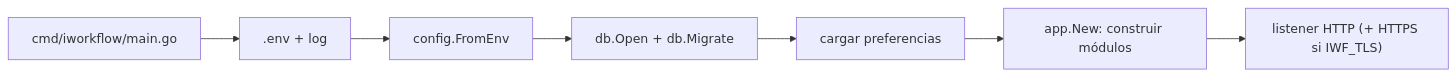
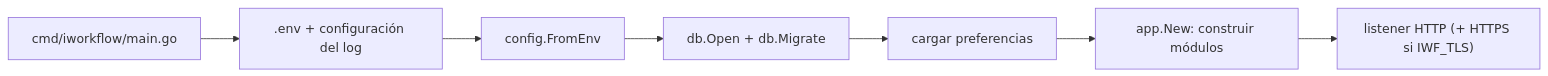
One commit to plopezm/iworkflow changed the first of 2 diagrams in ARCHITECTURE.es.md. Above: the diagram before and after it, drawn with Mermaid. The commit also changed other lines of this file and 11 other files, not shown here.

First line of the commit message:
docs: add Spanish translations of the README, architecture and docs pages

````diff
--- a/ARCHITECTURE.es.md
+++ b/ARCHITECTURE.es.md
@@ -79,9 +80,9 @@
 ```mermaid
 flowchart LR
-  main["cmd/iworkflow/main.go"] --> env[".env + log"]
+  main["cmd/iworkflow/main.go"] --> env[".env + configuración del log"]
   env --> cfg["config.FromEnv"]
   cfg --> db["db.Open + db.Migrate"]
   db --> prefs["cargar preferencias"]
   prefs --> app["app.New: construir módulos"]
   app --> http["listener HTTP (+ HTTPS si IWF_TLS)"]
 ```
````
